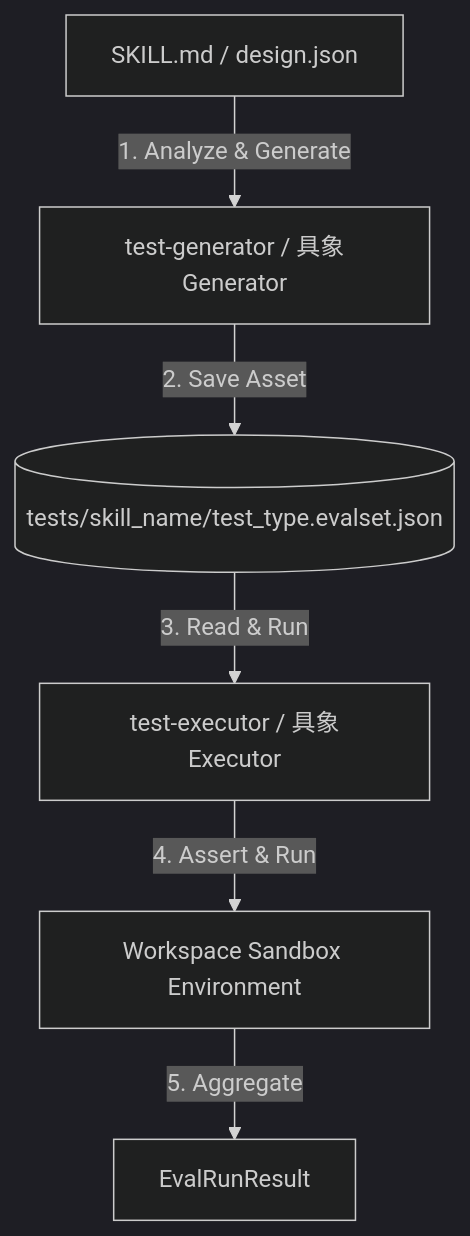
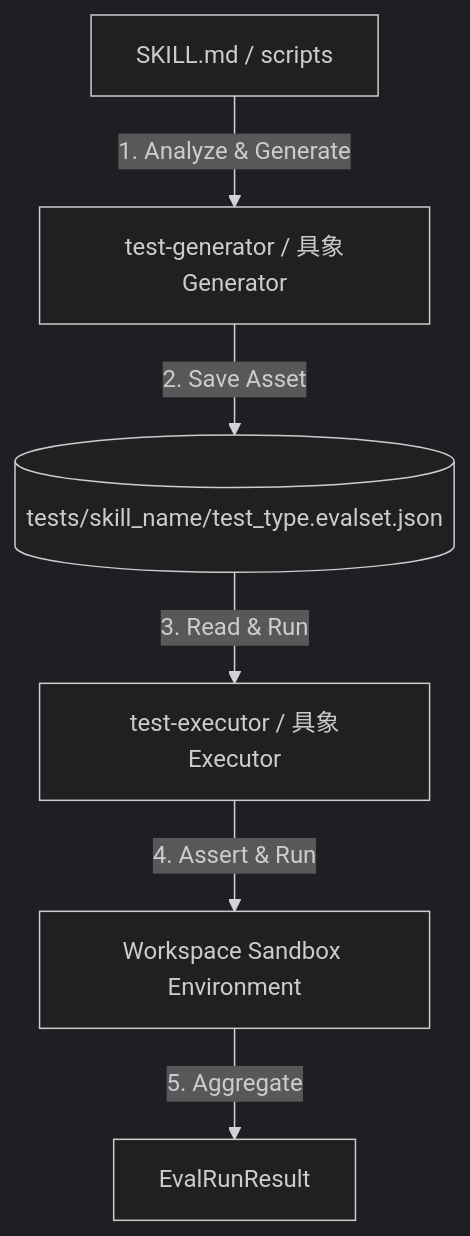
Before and after one commit to magic-sword/skill-edd-agent: the first of 2 diagrams in edd-agent-tools/src/edd_agent_tools/docs/test_architecture.md, drawn with Mermaid (dark theme). The commit also changed other lines of this file and 38 other files, not shown here.

````diff
--- a/edd-agent-tools/src/edd_agent_tools/docs/test_architecture.md
+++ b/edd-agent-tools/src/edd_agent_tools/docs/test_architecture.md
@@ -17,8 +17,8 @@
 ```mermaid
 graph TD
-    Spec[SKILL.md / design.json] -->|1. Analyze & Generate| Gen[test-generator / 具象Generator]
+    Spec[SKILL.md / scripts] -->|1. Analyze & Generate| Gen[test-generator / 具象Generator]
     Gen -->|2. Save Asset| File[(tests/skill_name/test_type.evalset.json)]
     File -->|3. Read & Run| Exec[test-executor / 具象Executor]
     Exec -->|4. Assert & Run| Env[Workspace Sandbox Environment]
     Env -->|5. Aggregate| Result[EvalRunResult]
 ```
````
